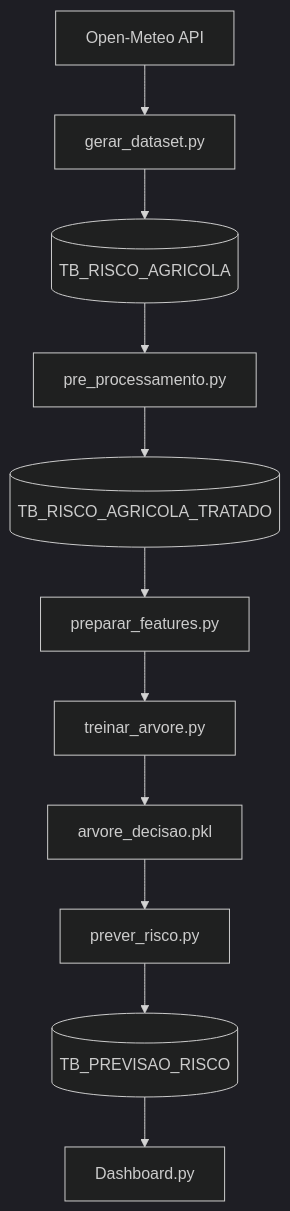
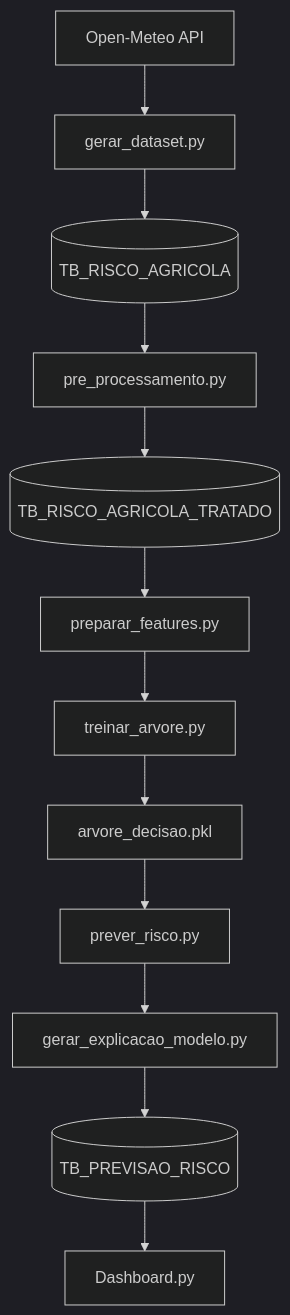
The diagram in README.md (renansouz/maia-intelligence-NEXT), drawn with Mermaid (dark theme) before and after one commit. The commit also changed other lines of this file, not shown here.

Commit message:
update/atualizacao de documentacao

````diff
--- a/README.md
+++ b/README.md
@@ -232,23 +232,25 @@
 ```mermaid
 flowchart TD
 
 A[Open-Meteo API] --> B[gerar_dataset.py]
 
 B --> C[(TB_RISCO_AGRICOLA)]
 
 C --> D[pre_processamento.py]
 
 D --> E[(TB_RISCO_AGRICOLA_TRATADO)]
 
 E --> F[preparar_features.py]
 
 F --> G[treinar_arvore.py]
 
 G --> H[arvore_decisao.pkl]
 
 H --> I[prever_risco.py]
 
-I --> J[(TB_PREVISAO_RISCO)]
+I --> J[gerar_explicacao_modelo.py]
 
-J --> K[Dashboard.py]
+J --> K[(TB_PREVISAO_RISCO)]
+
+K --> L[Dashboard.py]
 ```
````
